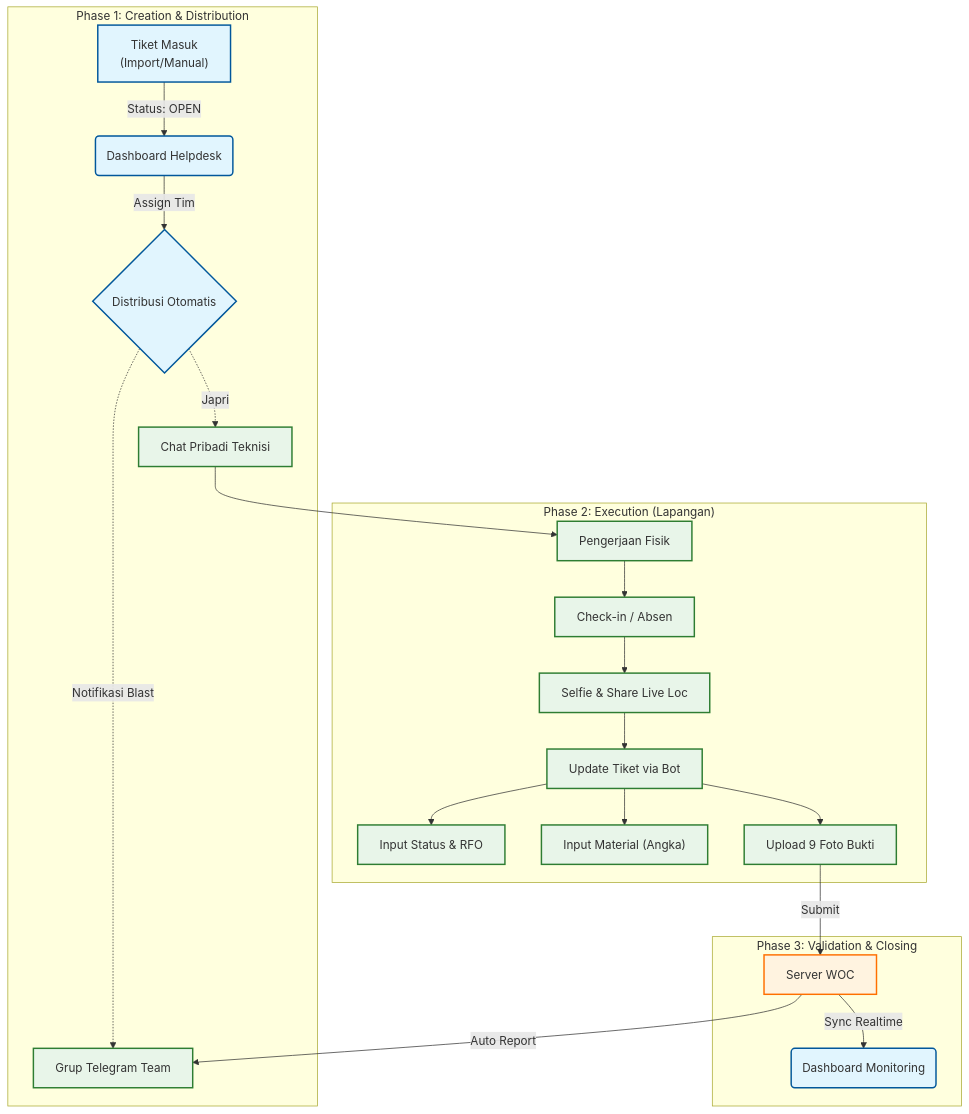
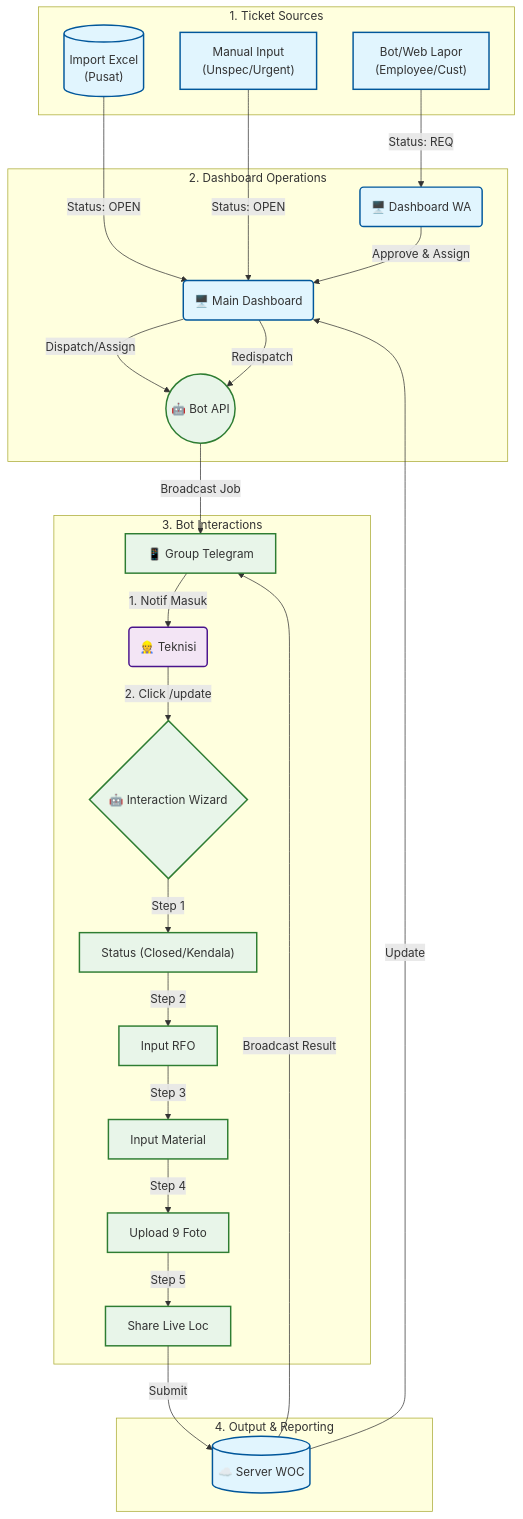
Before and after one commit to Just0rdinaryGuy/unspec-dash: the diagram in WOC_MASTER_DOCUMENT.md, drawn with Mermaid.

Commit message:
docs: Update Mermaid workflow to show detailed Bot and Dispatch interactions

````diff
--- a/WOC_MASTER_DOCUMENT.md
+++ b/WOC_MASTER_DOCUMENT.md
@@ -34,35 +34,46 @@
 ```mermaid
 graph TD
     %% Styling
     classDef dash fill:#e1f5fe,stroke:#01579b,stroke-width:2px;
     classDef bot fill:#e8f5e9,stroke:#2e7d32,stroke-width:2px;
-    classDef server fill:#fff3e0,stroke:#ff6f00,stroke-width:2px;
+    classDef actor fill:#f3e5f5,stroke:#4a148c,stroke-width:2px;
 
-    subgraph Phase1 ["Phase 1: Creation & Distribution"]
-    A["Tiket Masuk<br/>(Import/Manual)"] -->|Status: OPEN| B("Dashboard Helpdesk")
-    B -->|Assign Tim| C{"Distribusi Otomatis"}
-    C -.->|Notifikasi Blast| D["Grup Telegram Team"]
-    C -.->|Japri| E["Chat Pribadi Teknisi"]
+    subgraph Sources ["1. Ticket Sources"]
+    S1[("Import Excel<br/>(Pusat)")]
+    S2["Manual Input<br/>(Unspec/Urgent)"]
+    S3["Bot/Web Lapor<br/>(Employee/Cust)"]
     end
-    class A,B,C dash;
-    class D,E bot;
+    class S1,S2,S3 dash;
 
-    subgraph Phase2 ["Phase 2: Execution (Lapangan)"]
-    E --> F["Pengerjaan Fisik"]
-    F --> G["Check-in / Absen"]
-    G --> H["Selfie & Share Live Loc"]
-    H --> I["Update Tiket via Bot"]
-    I --> J1["Input Status & RFO"]
-    I --> J2["Input Material (Angka)"]
-    I --> J3["Upload 9 Foto Bukti"]
+    subgraph Dash ["2. Dashboard Operations"]
+    S1 & S2 -->|Status: OPEN| D_MAIN("🖥️ Main Dashboard")
+    S3 -->|Status: REQ| D_WA("🖥️ Dashboard WA")
+    
+    D_WA -->|Approve & Assign| D_MAIN
+    D_MAIN -->|Dispatch/Assign| BOT_API(("🤖 Bot API"))
+    D_MAIN -->|Redispatch| BOT_API
     end
-    class F,G,H,I,J1,J2,J3 bot;
+    class D_MAIN,D_WA dash;
 
-    subgraph Phase3 ["Phase 3: Validation & Closing"]
-    J3 -->|Submit| K["Server WOC"]
-    K -->|Sync Realtime| L("Dashboard Monitoring")
-    K -->|Auto Report| D
+    subgraph Bot ["3. Bot Interactions"]
+    BOT_API -->|Broadcast Job| TG_GROUP["📱 Group Telegram"]
+    
+    TG_GROUP -->|1. Notif Masuk| TECH("👷 Teknisi")
+    TECH -->|2. Click /update| WIZARD{"🤖 Interaction Wizard"}
+    
+    WIZARD -->|Step 1| W_STAT["Status (Closed/Kendala)"]
+    W_STAT -->|Step 2| W_RFO["Input RFO"]
+    W_RFO -->|Step 3| W_MAT["Input Material"]
+    W_MAT -->|Step 4| W_FOTO["Upload 9 Foto"]
+    W_FOTO -->|Step 5| W_LOC["Share Live Loc"]
     end
-    class K server;
-    class L dash;
+    class BOT_API,TG_GROUP,WIZARD,W_STAT,W_RFO,W_MAT,W_FOTO,W_LOC bot;
+    class TECH actor;
+
+    subgraph Output ["4. Output & Reporting"]
+    W_LOC -->|Submit| SERVER[("☁️ Server WOC")]
+    SERVER -->|Update| D_MAIN
+    SERVER -->|Broadcast Result| TG_GROUP
+    end
+    class SERVER dash;
 ```
````
